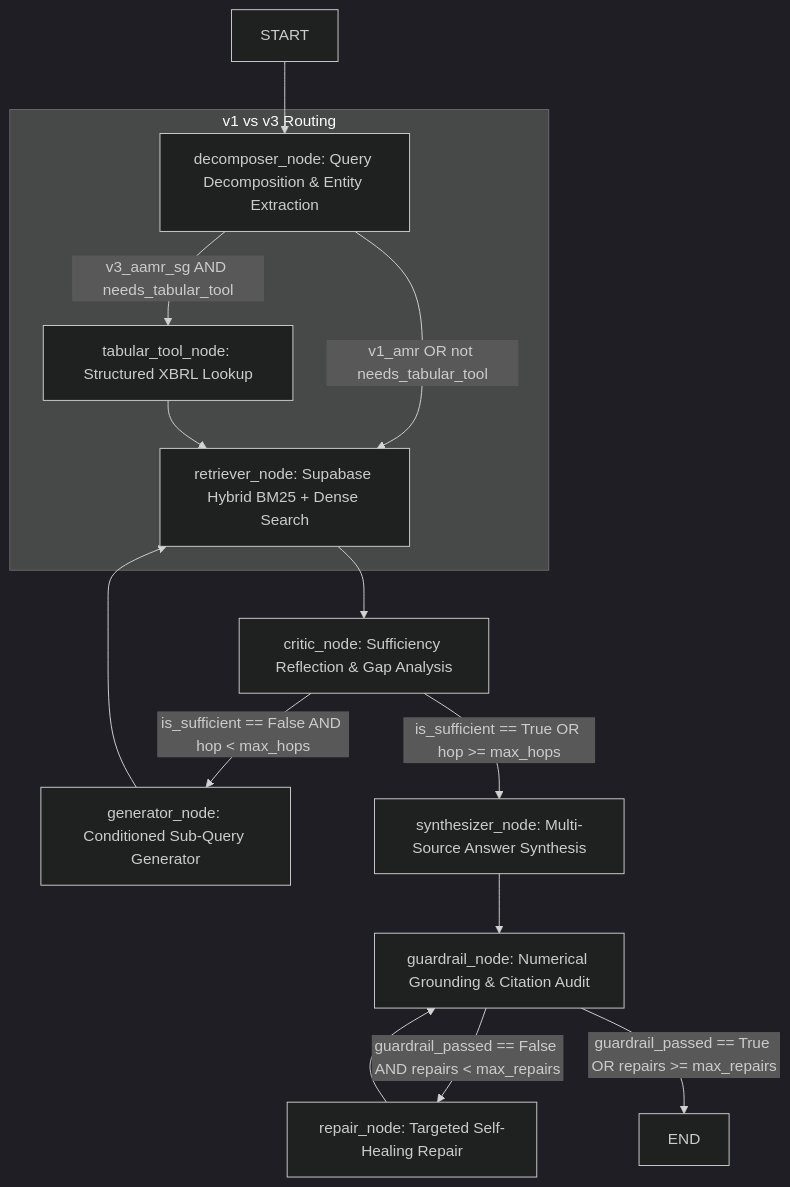
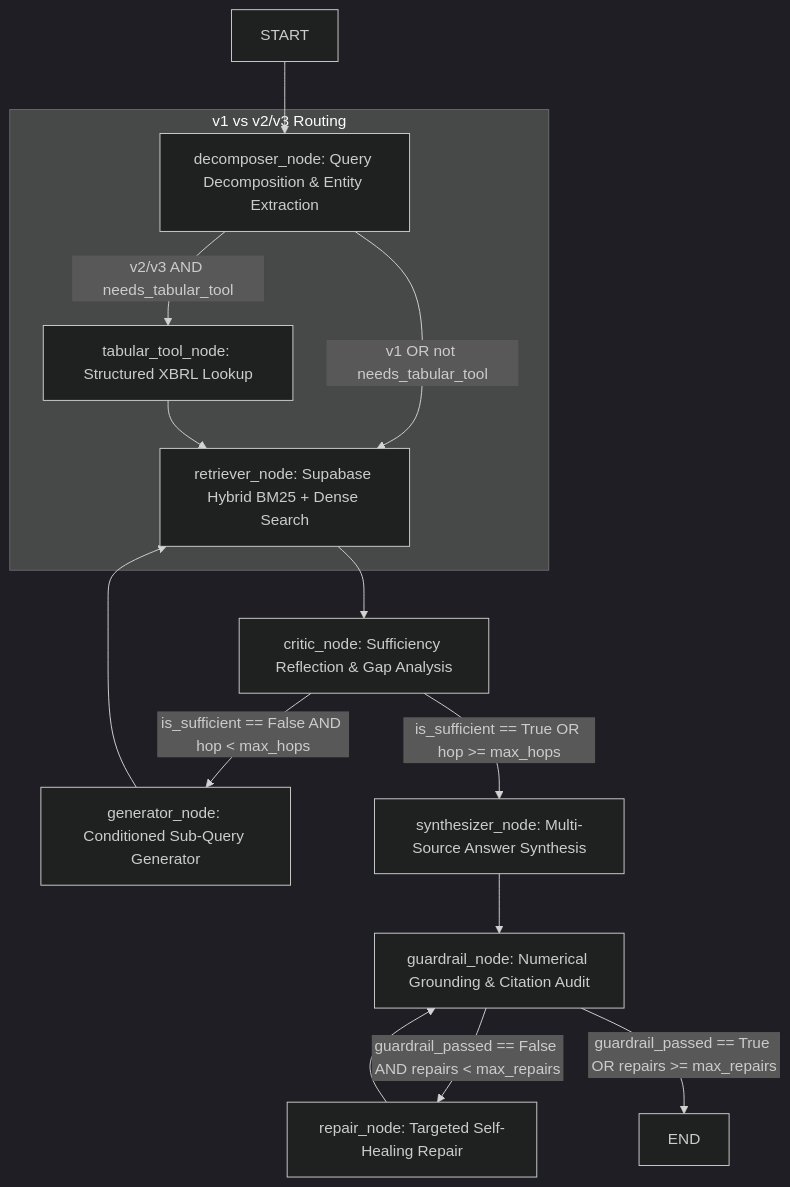
One commit to AmandaTSY99/cs614_group8 changed the diagram in reports/CS614_Group8_System_C_and_RQ3_Final_Report.md. Above: the diagram before and after it, drawn with Mermaid (dark theme). The commit also changed other lines of this file and 10 other files, not shown here.

````diff
--- a/reports/CS614_Group8_System_C_and_RQ3_Final_Report.md
+++ b/reports/CS614_Group8_System_C_and_RQ3_Final_Report.md
@@ -47,23 +54,23 @@
 ```mermaid
 flowchart TD
     START --> Decomposer[decomposer_node: Query Decomposition & Entity Extraction]
     
-    subgraph RoutingLogic["v1 vs v3 Routing"]
-        Decomposer -->|v3_aamr_sg AND needs_tabular_tool| TabularTool[tabular_tool_node: Structured XBRL Lookup]
-        Decomposer -->|v1_amr OR not needs_tabular_tool| Retriever[retriever_node: Supabase Hybrid BM25 + Dense Search]
+    subgraph RoutingLogic["v1 vs v2/v3 Routing"]
+        Decomposer -->|v2/v3 AND needs_tabular_tool| TabularTool[tabular_tool_node: Structured XBRL Lookup]
+        Decomposer -->|v1 OR not needs_tabular_tool| Retriever[retriever_node: Supabase Hybrid BM25 + Dense Search]
         TabularTool --> Retriever
     end
 
     Retriever --> Critic[critic_node: Sufficiency Reflection & Gap Analysis]
     
     Critic -->|is_sufficient == False AND hop < max_hops| Generator[generator_node: Conditioned Sub-Query Generator]
     Generator --> Retriever
 
     Critic -->|is_sufficient == True OR hop >= max_hops| Synthesizer[synthesizer_node: Multi-Source Answer Synthesis]
 
     Synthesizer --> Guardrail[guardrail_node: Numerical Grounding & Citation Audit]
     
     Guardrail -->|guardrail_passed == False AND repairs < max_repairs| Repair[repair_node: Targeted Self-Healing Repair]
     Repair --> Guardrail
     Guardrail -->|guardrail_passed == True OR repairs >= max_repairs| END
 ```
````
